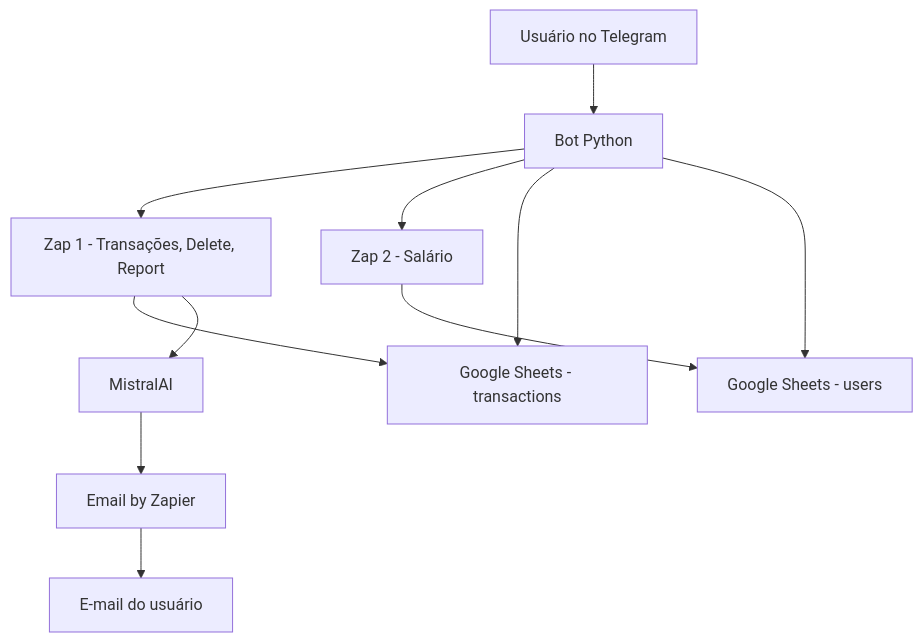
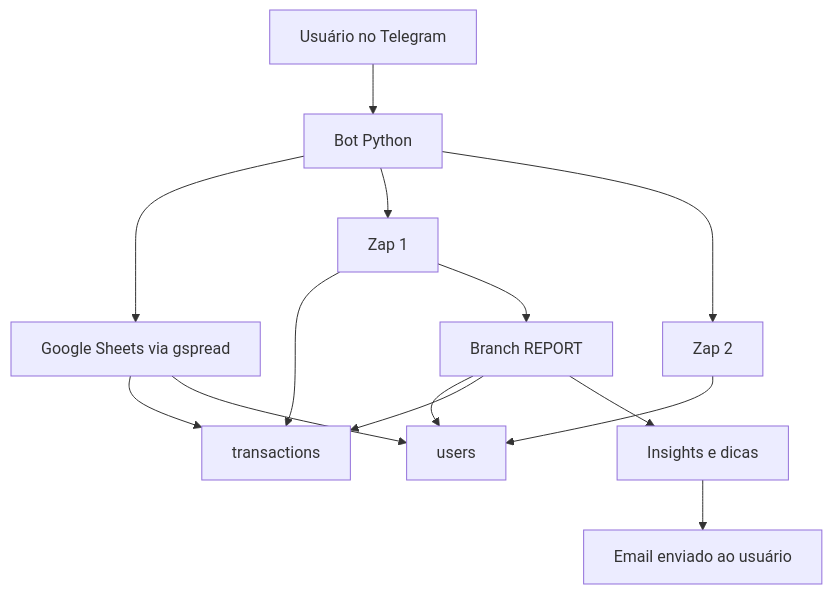
Before and after one commit to joaa0/FinLeo: the first of 3 diagrams in README.md, drawn with Mermaid. The commit also changed other lines of this file and 3 other files, not shown here.

````diff
--- a/README.md
+++ b/README.md
@@ -31,13 +29,16 @@
 ```mermaid
 graph TD
     A[Usuário no Telegram] --> B[Bot Python]
-    B --> C[Zap 1 - Transações, Delete, Report]
-    B --> D[Zap 2 - Salário]
-    C --> E[Google Sheets - transactions]
-    D --> F[Google Sheets - users]
-    C --> G[MistralAI]
-    G --> H[Email by Zapier]
-    H --> I[E-mail do usuário]
-    B --> E
-    B --> F
+    B --> C[Google Sheets via gspread]
+    C --> C1[transactions]
+    C --> C2[users]
+    B --> D[Zap 1]
+    B --> E[Zap 2]
+    D --> C1
+    E --> C2
+    D --> F[Branch REPORT]
+    F --> C2
+    F --> C1
+    F --> G[Insights e dicas]
+    G --> H[Email enviado ao usuário]
 ```
````
